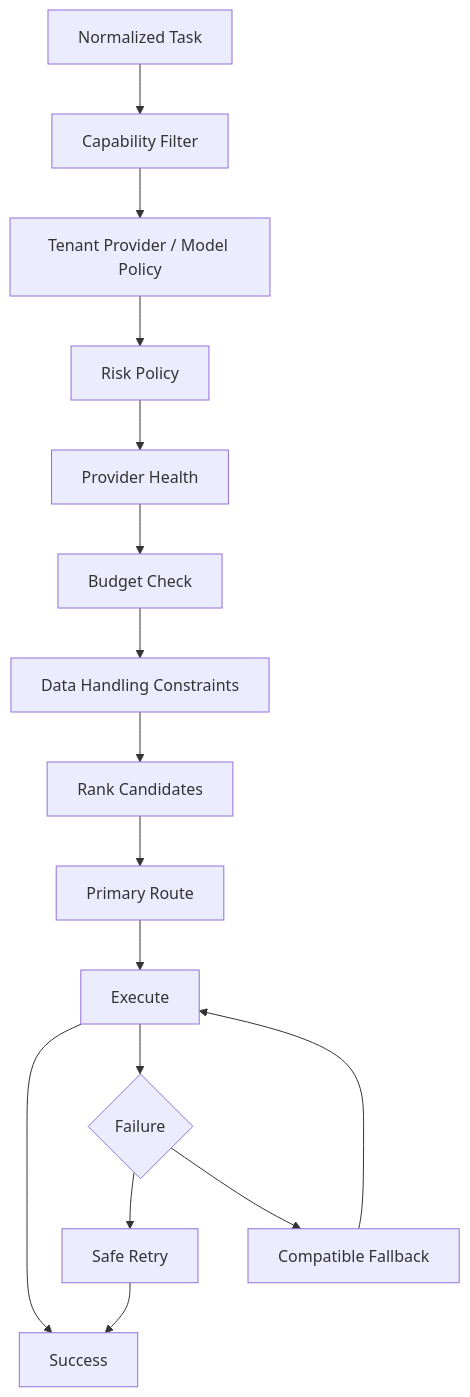
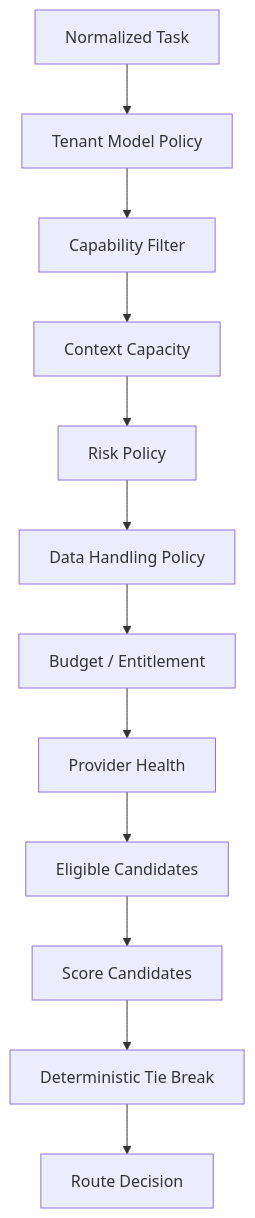
Before and after one commit to D-engahmed/OMILINKS: the first of 2 diagrams in docs/ai/model-routing.md, drawn with Mermaid. The commit also changed other lines of this file and 1 other file, not shown here.

Commit message:
docs: deepen model routing and tool runtime implementation contracts

````diff
--- a/docs/ai/model-routing.md
+++ b/docs/ai/model-routing.md
@@ -66,18 +58,14 @@
-```mermaid
+~~~mermaid
 flowchart TD
-    TASK[Normalized Task] --> CAP[Capability Filter]
-    CAP --> TENANT[Tenant Provider / Model Policy]
-    TENANT --> RISK[Risk Policy]
-    RISK --> HEALTH[Provider Health]
-    HEALTH --> BUDGET[Budget Check]
-    BUDGET --> DATA[Data Handling Constraints]
-    DATA --> RANK[Rank Candidates]
-    RANK --> PRIMARY[Primary Route]
-    PRIMARY --> CALL[Execute]
-    CALL --> RESULT[Success]
-    CALL --> FAIL{Failure}
-    FAIL --> RETRY[Safe Retry]
-    FAIL --> FALLBACK[Compatible Fallback]
-    RETRY --> RESULT
-    FALLBACK --> CALL
-```
+TASK[Normalized Task] --> TENANT[Tenant Model Policy]
+TENANT --> CAP[Capability Filter]
+CAP --> CTX[Context Capacity]
+CTX --> RISK[Risk Policy]
+RISK --> DATA[Data Handling Policy]
+DATA --> BUDGET[Budget / Entitlement]
+BUDGET --> HEALTH[Provider Health]
+HEALTH --> SET[Eligible Candidates]
+SET --> SCORE[Score Candidates]
+SCORE --> TIE[Deterministic Tie Break]
+TIE --> DECISION[Route Decision]
+~~~
````
